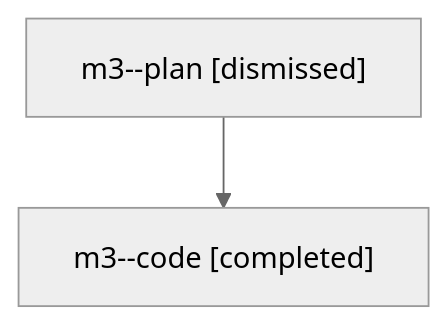
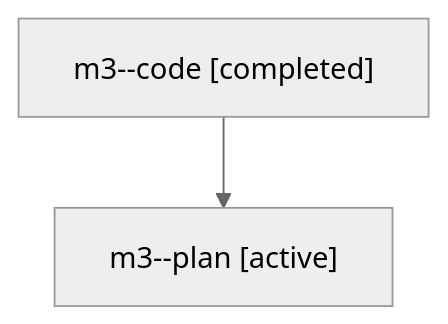
The diagram in families/bbugyi200.athena.m3.md (bobs-org/bob-cli--agents), drawn with Mermaid (neutral theme) before and after one commit. The commit also changed other lines of this file and 803 other files, not shown here.

````diff
--- a/families/bbugyi200.athena.m3.md
+++ b/families/bbugyi200.athena.m3.md
@@ -9,6 +9,6 @@
 ```mermaid
 flowchart TD
-  n0["m3--plan [dismissed]"]
-  n1["m3--code [completed]"]
+  n0["m3--code [completed]"]
+  n1["m3--plan [active]"]
   n0 --> n1
 ```
````
